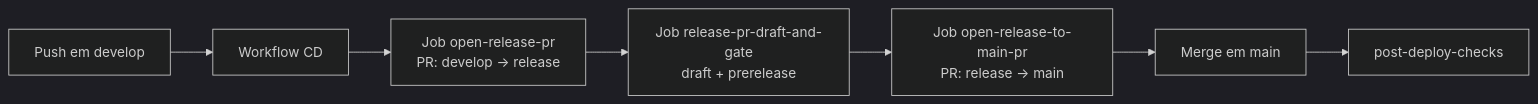
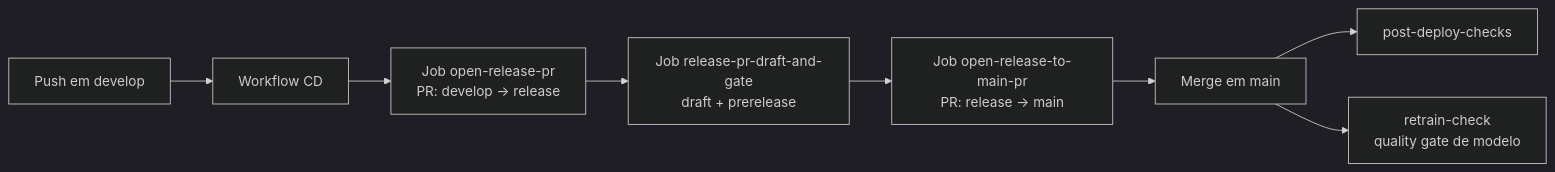
The fourth of 7 diagrams in README.md (PauloGuedes2/passos-magicos-datathon), drawn with Mermaid (dark theme) before and after one commit. The commit also changed other lines of this file and 1 other file, not shown here.

````diff
--- a/README.md
+++ b/README.md
@@ -321,9 +349,10 @@
 ```mermaid
 flowchart LR
     D[Push em develop] --> CD[Workflow CD]
     CD --> PR1[Job open-release-pr<br/>PR: develop -> release]
     PR1 --> REL[Job release-pr-draft-and-gate<br/>draft + prerelease]
     REL --> PR2[Job open-release-to-main-pr<br/>PR: release -> main]
     PR2 --> M[Merge em main]
     M --> PDC[post-deploy-checks]
+    M --> RC[retrain-check<br/>quality gate de modelo]
 ```
````
